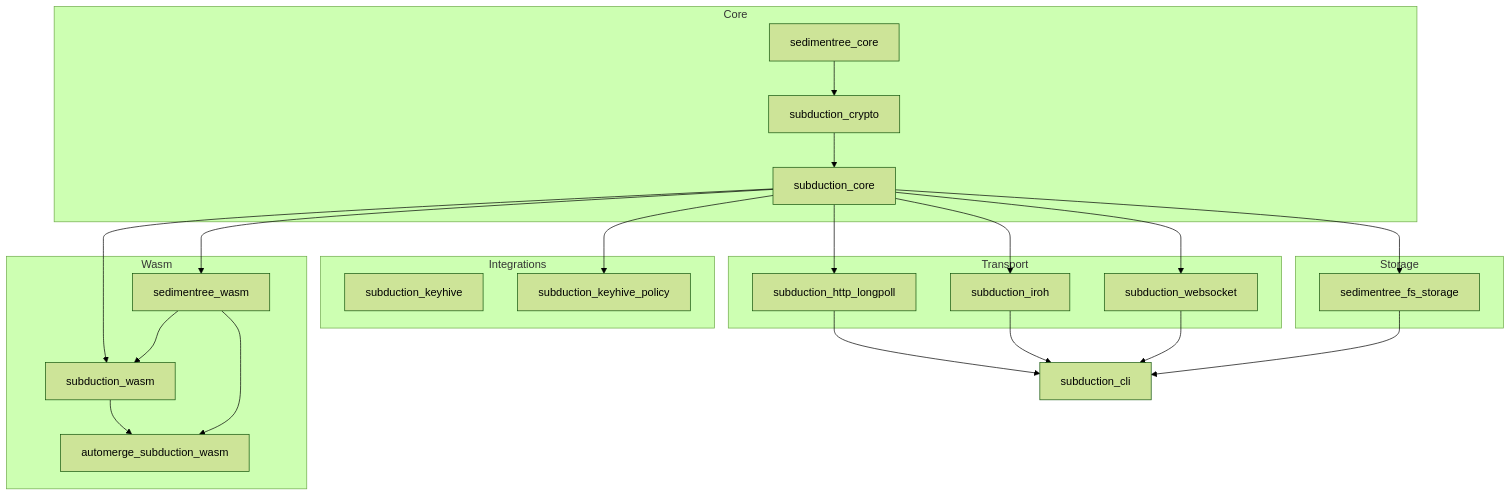
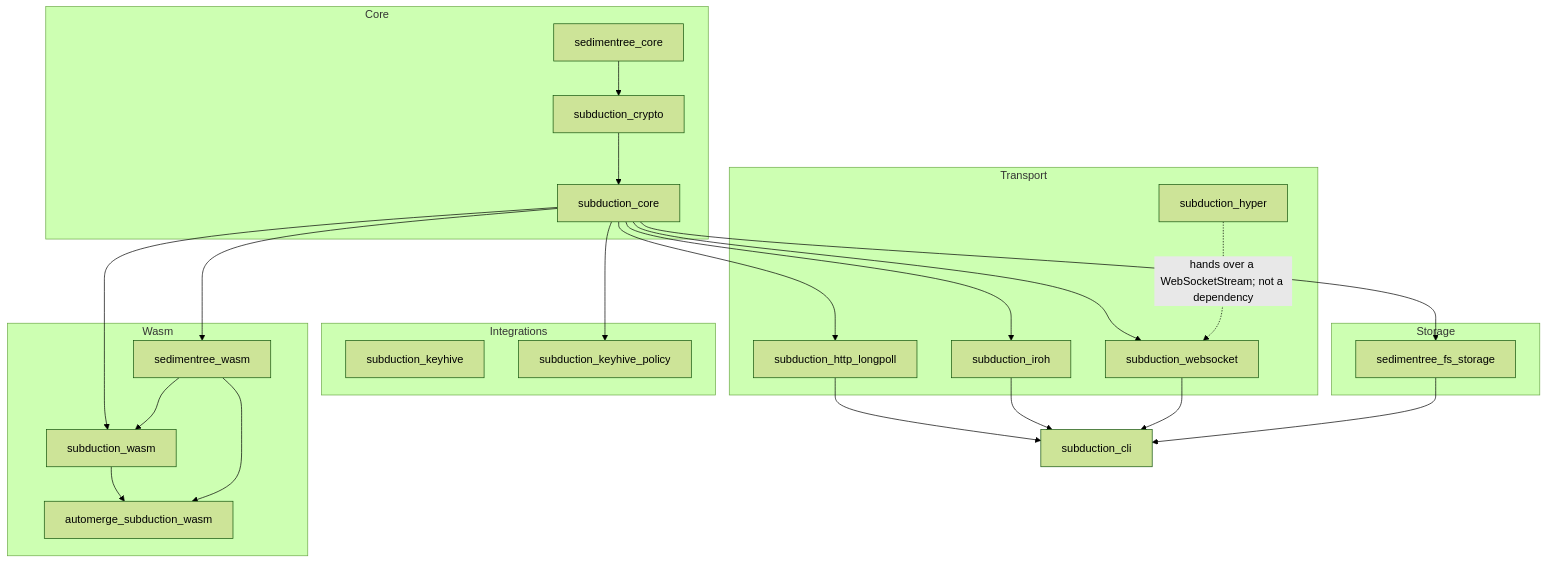
Before and after one commit to inkandswitch/subduction: the diagram in README.md, drawn with Mermaid (forest theme). The commit also changed other lines of this file and 14 other files, not shown here.

Commit message:
New crate: `subduction_hyper` (#292)

````diff
--- a/README.md
+++ b/README.md
@@ -29,52 +29,54 @@
 ```mermaid
 graph TD
     subgraph Core
         sedimentree_core
         subduction_crypto
         subduction_core
     end
 
     subgraph Storage
         sedimentree_fs_storage
     end
 
     subgraph Transport
         subduction_http_longpoll
+        subduction_hyper
         subduction_iroh
         subduction_websocket
     end
 
     subgraph Integrations
         subduction_keyhive
         subduction_keyhive_policy
     end
 
     subgraph Wasm
         sedimentree_wasm
         subduction_wasm
         automerge_subduction_wasm
     end
 
     subduction_cli
 
     sedimentree_core --> subduction_crypto
     subduction_crypto --> subduction_core
 
     subduction_core --> sedimentree_fs_storage
     subduction_core --> subduction_http_longpoll
     subduction_core --> subduction_iroh
     subduction_core --> subduction_websocket
     subduction_core --> subduction_keyhive_policy
+    subduction_hyper -.->|hands over a WebSocketStream; not a dependency| subduction_websocket
 
     subduction_core --> sedimentree_wasm
     subduction_core --> subduction_wasm
     sedimentree_wasm --> subduction_wasm
 
     subduction_wasm --> automerge_subduction_wasm
     sedimentree_wasm --> automerge_subduction_wasm
 
     subduction_http_longpoll --> subduction_cli
     subduction_iroh --> subduction_cli
     subduction_websocket --> subduction_cli
     sedimentree_fs_storage --> subduction_cli
 ```
````
